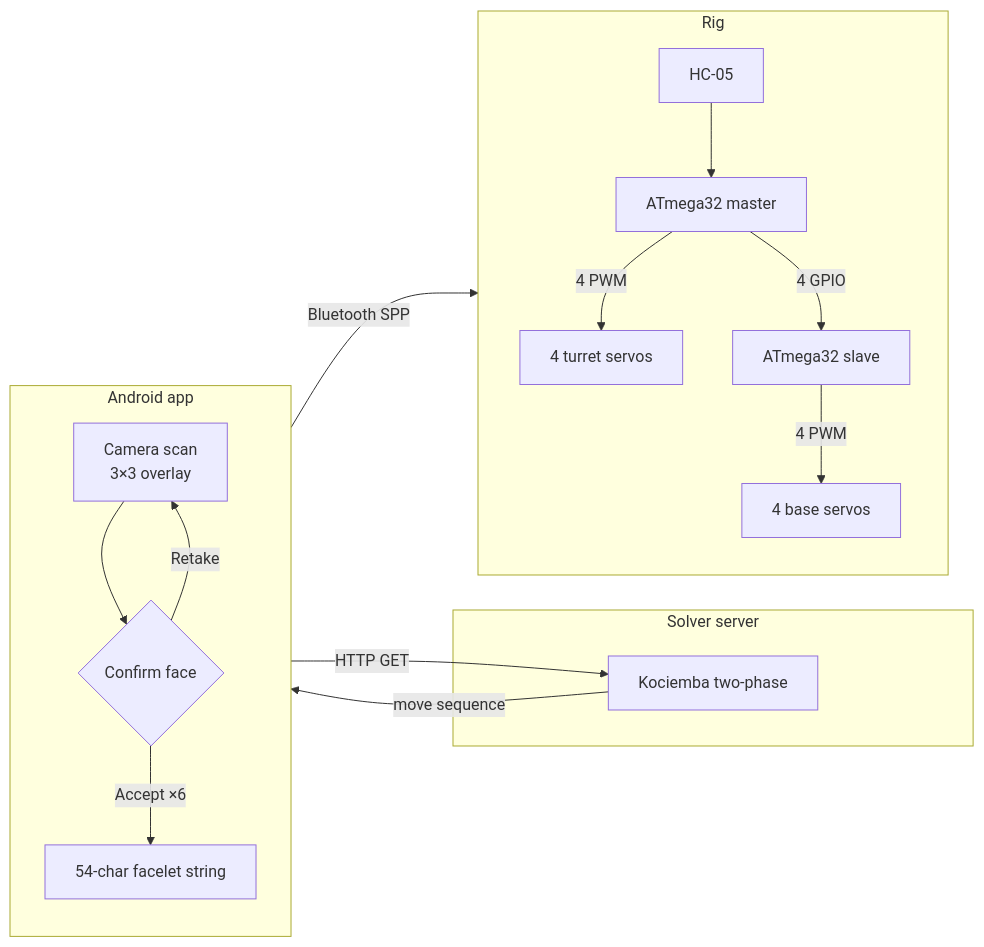
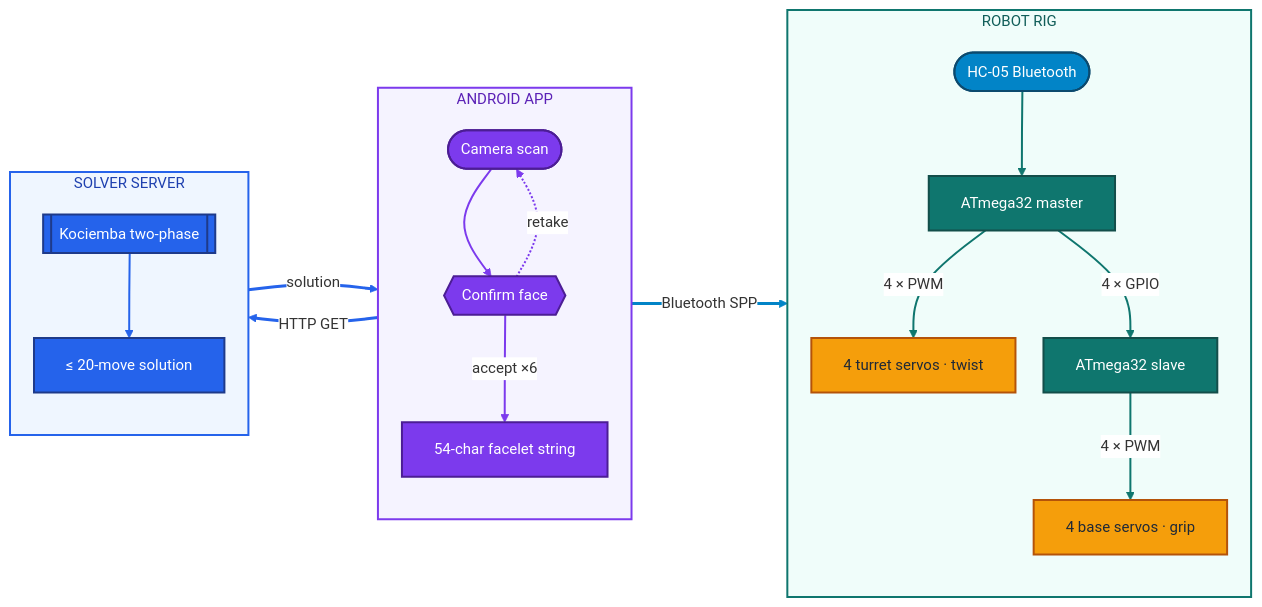
One commit to Fanboyingeneral/SCRAMBLE changed the first of 2 diagrams in README.md. Above: the diagram before and after it, drawn with Mermaid.

Commit message:
Restyle architecture diagram with colour-coded subsystems

````diff
--- a/README.md
+++ b/README.md
@@ -35,25 +35,49 @@
 ```mermaid
+%%{init: {"theme": "base", "themeVariables": {"fontSize": "15px", "lineColor": "#64748b", "edgeLabelBackground": "#ffffff", "textColor": "#0f172a"}, "flowchart": {"curve": "basis", "nodeSpacing": 28, "rankSpacing": 60, "padding": 16}}}%%
 flowchart LR
-    subgraph PHONE["Android app"]
+    subgraph PHONE["ANDROID APP"]
         direction TB
-        CAM["Camera scan<br/>3×3 overlay"] --> CONF{"Confirm face"}
-        CONF -- Retake --> CAM
-        CONF -- "Accept ×6" --> STR["54-char facelet string"]
+        CAM(["Camera scan"]) --> CONF{{"Confirm face"}}
+        CONF -. "retake" .-> CAM
+        CONF -- "accept ×6" --> STR["54-char facelet string"]
     end
 
-    subgraph LAPTOP["Solver server"]
-        KOC["Kociemba two-phase"]
+    subgraph LAPTOP["SOLVER SERVER"]
+        direction TB
+        KOC[["Kociemba two-phase"]] --> SOL["≤ 20-move solution"]
     end
 
-    subgraph RIG["Rig"]
+    subgraph RIG["ROBOT RIG"]
         direction TB
-        HC["HC-05"] --> M["ATmega32 master"]
-        M -- "4 PWM" --> TOP["4 turret servos"]
-        M -- "4 GPIO" --> S["ATmega32 slave"]
-        S -- "4 PWM" --> BASE["4 base servos"]
+        HC(["HC-05 Bluetooth"]) --> M["ATmega32 master"]
+        M -- "4 × PWM" --> TOP["4 turret servos · twist"]
+        M -- "4 × GPIO" --> S["ATmega32 slave"]
+        S -- "4 × PWM" --> BASE["4 base servos · grip"]
     end
 
-    STR -- "HTTP GET" --> KOC
-    KOC -- "move sequence" --> PHONE
-    PHONE -- "Bluetooth SPP" --> HC
+    PHONE == "HTTP GET" ==> LAPTOP
+    LAPTOP == "solution" ==> PHONE
+    PHONE == "Bluetooth SPP" ==> RIG
+
+    classDef app fill:#7c3aed,stroke:#4c1d95,stroke-width:2px,color:#ffffff
+    classDef srv fill:#2563eb,stroke:#1e3a8a,stroke-width:2px,color:#ffffff
+    classDef bt fill:#0284c7,stroke:#0c4a6e,stroke-width:2px,color:#ffffff
+    classDef mcu fill:#0f766e,stroke:#134e4a,stroke-width:2px,color:#ffffff
+    classDef servo fill:#f59e0b,stroke:#b45309,stroke-width:2px,color:#1f2937
+
+    class CAM,CONF,STR app
+    class KOC,SOL srv
+    class HC bt
+    class M,S mcu
+    class TOP,BASE servo
+
+    style PHONE fill:#f5f3ff,stroke:#7c3aed,stroke-width:2px,color:#5b21b6
+    style LAPTOP fill:#eff6ff,stroke:#2563eb,stroke-width:2px,color:#1e40af
+    style RIG fill:#f0fdfa,stroke:#0f766e,stroke-width:2px,color:#115e59
+
+    linkStyle 0,1,2 stroke:#7c3aed,stroke-width:2px
+    linkStyle 3 stroke:#2563eb,stroke-width:2px
+    linkStyle 4,5,6,7 stroke:#0f766e,stroke-width:2px
+    linkStyle 8,9 stroke:#2563eb,stroke-width:3px
+    linkStyle 10 stroke:#0284c7,stroke-width:3px
 ```
````
